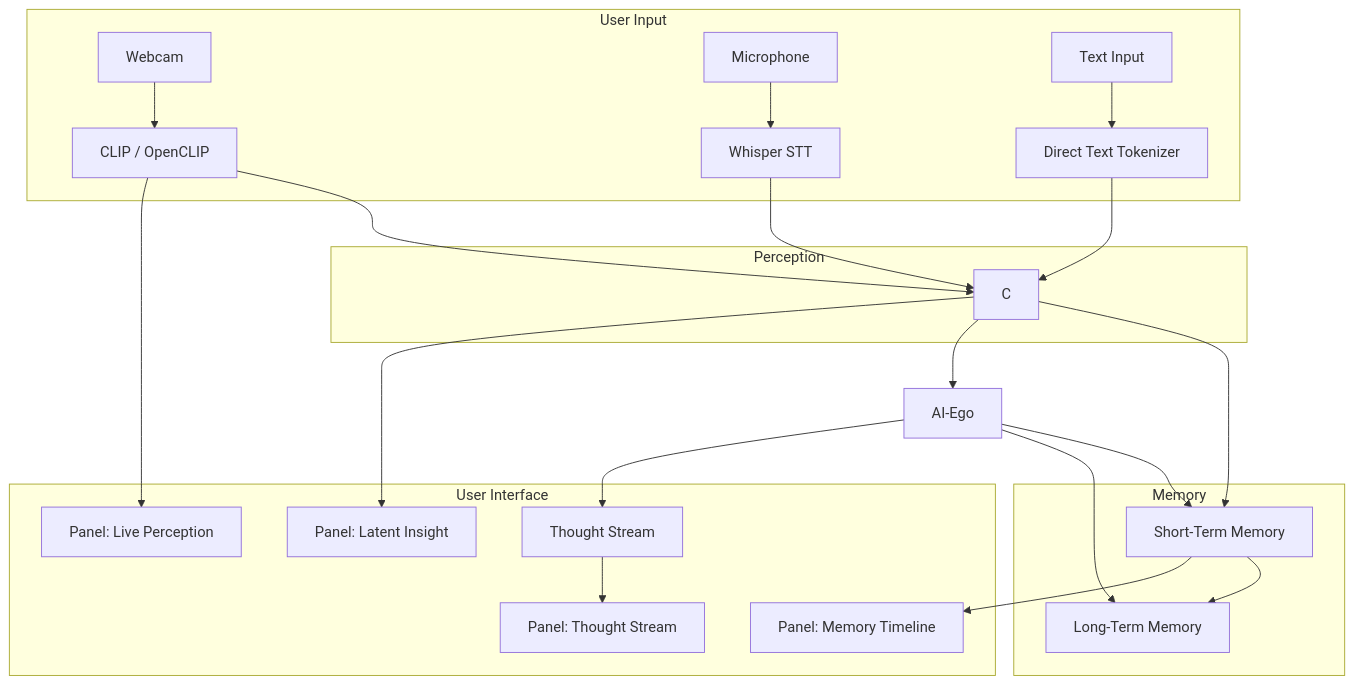
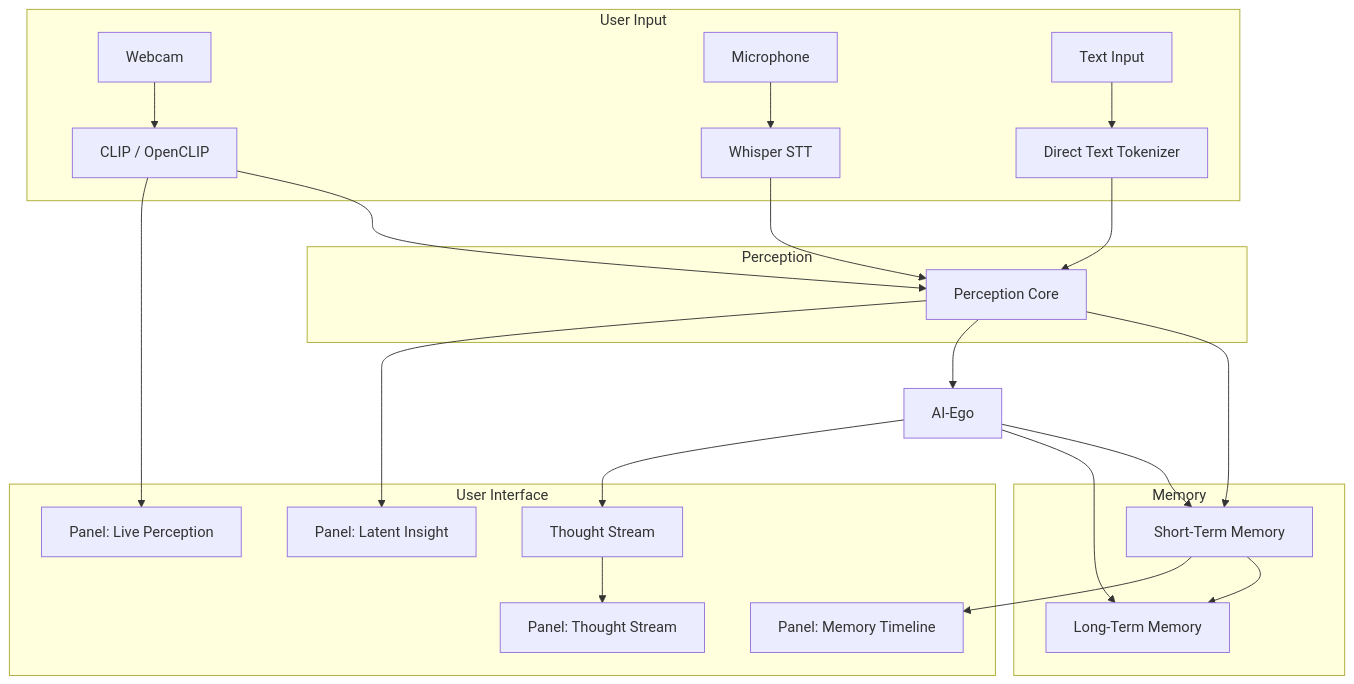
The diagram in docs/4_SYSTEM_ARCHITECTURE.md (nbursa/latent-journey), drawn with Mermaid before and after one commit.

Commit message:
fix: mermaid missing label

````diff
--- a/docs/4_SYSTEM_ARCHITECTURE.md
+++ b/docs/4_SYSTEM_ARCHITECTURE.md
@@ -5,34 +5,32 @@
 ```mermaid
 graph TD
   subgraph User Input
     A1[Webcam] --> B1
     A2[Microphone] --> B2
     A3[Text Input] --> B3
   end
 
   subgraph Perception
-    B1[CLIP / OpenCLIP] --> C
+    B1[CLIP / OpenCLIP] --> C[Perception Core]
     B2[Whisper STT] --> C
     B3[Direct Text Tokenizer] --> C
   end
 
   C --> D[Short-Term Memory]
   C --> G[AI-Ego]
 
   subgraph Memory
     D --> E[Long-Term Memory]
   end
 
   G --> D
   G --> E
   G --> F[Thought Stream]
 
   subgraph User Interface
     F --> UI1[Panel: Thought Stream]
     C --> UI2[Panel: Latent Insight]
     B1 --> UI3[Panel: Live Perception]
     D --> UI4[Panel: Memory Timeline]
   end
-
-  click F href "https://github.com/nbursa/latent-journey" "Project Repo"
 ```
````
